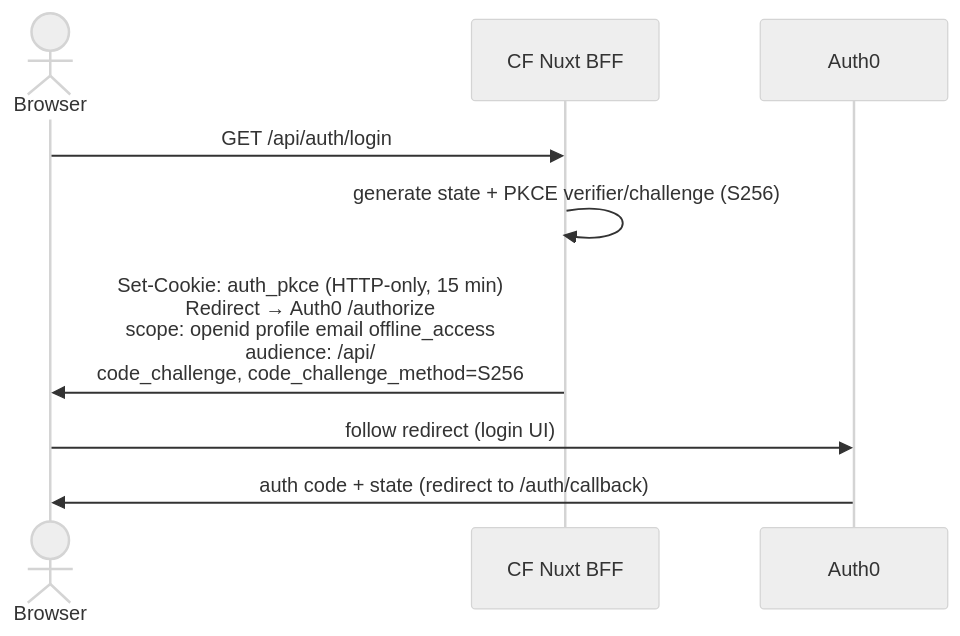
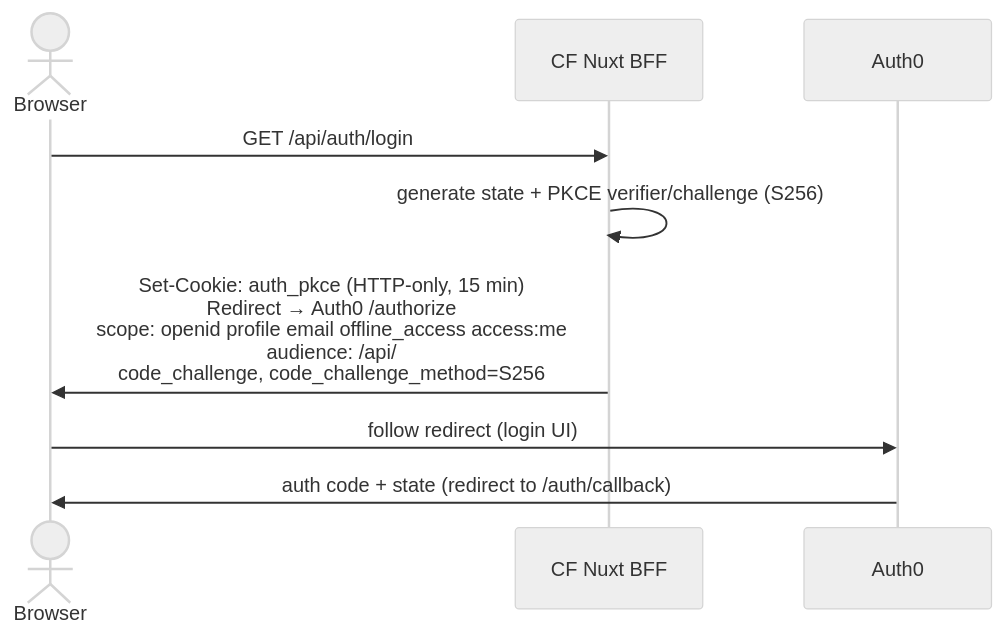
Before and after one commit to linuxfoundation/lfx-crowdfunding: the second of 8 diagrams in backend/docs/rewrite/09-authentication-architecture.md, drawn with Mermaid (neutral theme). The commit also changed other lines of this file, not shown here.

First line of the commit message:
docs(auth): reframe as target design; correct route classification

````diff
--- a/backend/docs/rewrite/09-authentication-architecture.md
+++ b/backend/docs/rewrite/09-authentication-architecture.md
@@ -85,12 +116,12 @@
 ```mermaid
 sequenceDiagram
     actor User as Browser
     participant BFF as CF Nuxt BFF
     participant Auth0
 
     User->>BFF: GET /api/auth/login
     BFF->>BFF: generate state + PKCE verifier/challenge (S256)
-    BFF->>User: Set-Cookie: auth_pkce (HTTP-only, 15 min)<br/>Redirect → Auth0 /authorize<br/>scope: openid profile email offline_access<br/>audience: /api/<br/>code_challenge, code_challenge_method=S256
+    BFF->>User: Set-Cookie: auth_pkce (HTTP-only, 15 min)<br/>Redirect → Auth0 /authorize<br/>scope: openid profile email offline_access access:me<br/>audience: /api/<br/>code_challenge, code_challenge_method=S256
     User->>Auth0: follow redirect (login UI)
     Auth0->>User: auth code + state (redirect to /auth/callback)
 ```
````
